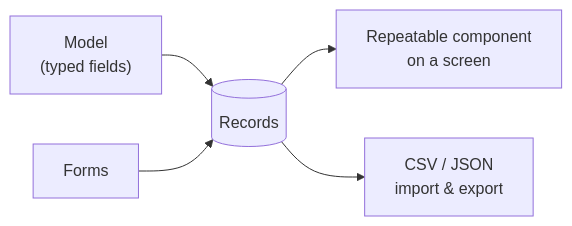
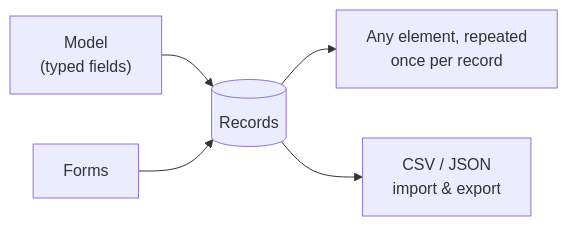
Before and after one commit to aglyn/aglyn: the diagram in apps/docs/docs/content-and-data/datasets/overview.md, drawn with Mermaid. The commit also changed other lines of this file and 9 other files, not shown here.

First line of the commit message:
docs(besigner): repeat over data, and the Datasets page stops calling it a component (AGL-3111)

````diff
--- a/apps/docs/docs/content-and-data/datasets/overview.md
+++ b/apps/docs/docs/content-and-data/datasets/overview.md
@@ -21,7 +21,7 @@
 ```mermaid
 flowchart LR
   Model["Model<br/>(typed fields)"] --> Records[(Records)]
   Forms[Forms] --> Records
-  Records --> Repeat["Repeatable component<br/>on a screen"]
+  Records --> Repeat["Any element, repeated<br/>once per record"]
   Records --> Import["CSV / JSON<br/>import & export"]
 ```
````
